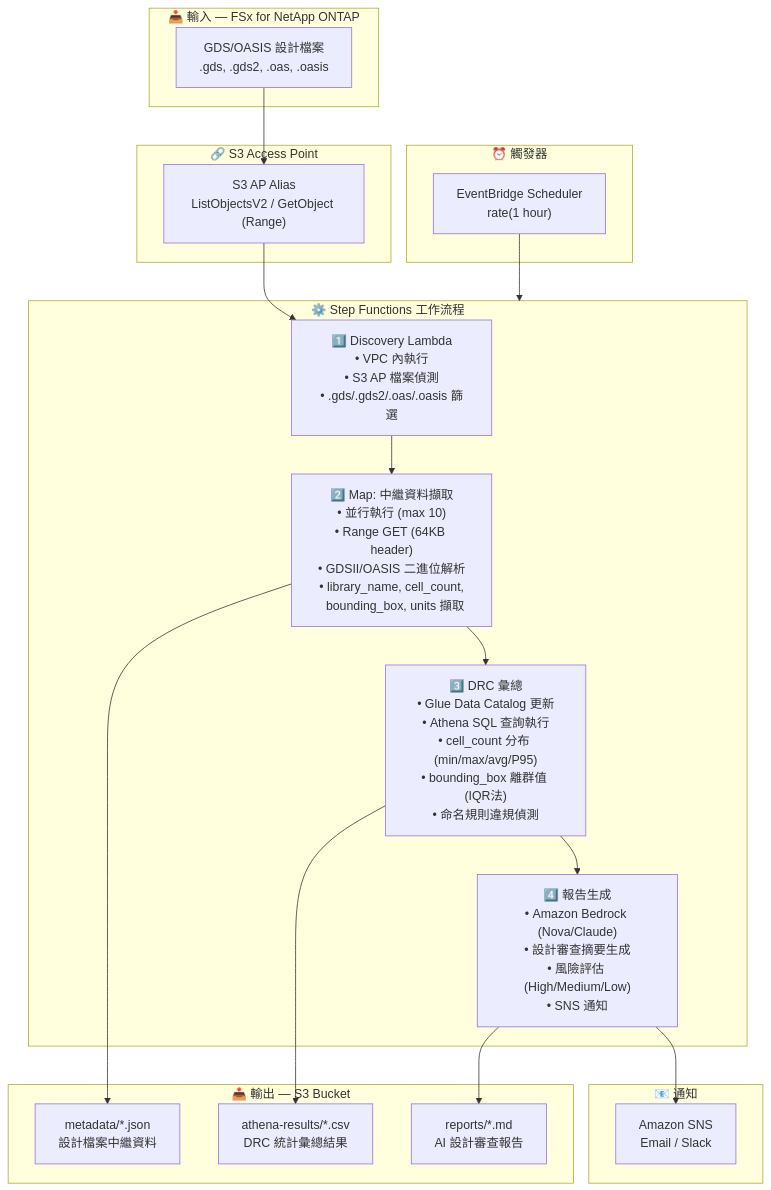
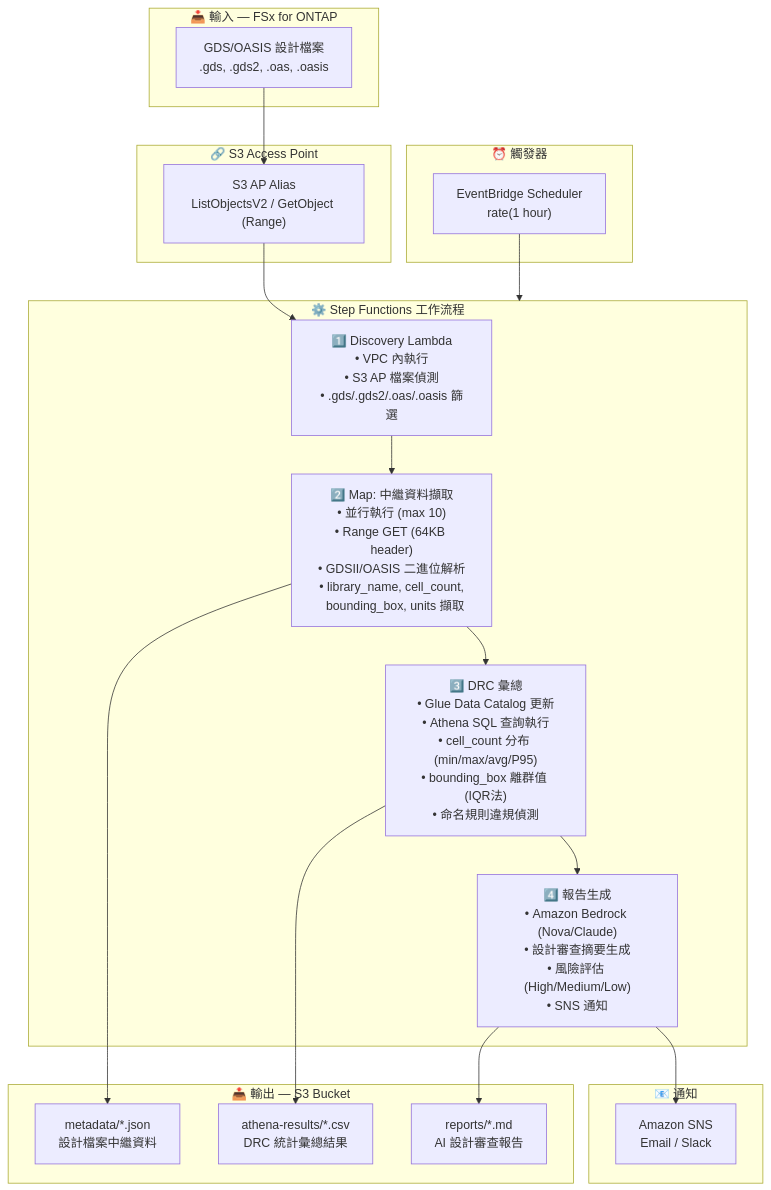
The diagram in semiconductor-eda/docs/architecture.zh-TW.md (Yoshiki0705/FSx-for-ONTAP-S3AccessPoints-Serverless-Patterns), drawn with Mermaid before and after one commit. The commit also changed other lines of this file and 597 other files, not shown here.

````diff
--- a/semiconductor-eda/docs/architecture.zh-TW.md
+++ b/semiconductor-eda/docs/architecture.zh-TW.md
@@ -13,42 +13,42 @@
 ```mermaid
 flowchart TB
-    subgraph INPUT["📥 輸入 — FSx for NetApp ONTAP"]
+    subgraph INPUT["📥 輸入 — FSx for ONTAP"]
         GDS["GDS/OASIS 設計檔案<br/>.gds, .gds2, .oas, .oasis"]
     end
 
     subgraph S3AP["🔗 S3 Access Point"]
         ALIAS["S3 AP Alias<br/>ListObjectsV2 / GetObject (Range)"]
     end
 
     subgraph TRIGGER["⏰ 觸發器"]
         EB["EventBridge Scheduler<br/>rate(1 hour)"]
     end
 
     subgraph SFN["⚙️ Step Functions 工作流程"]
         DISC["1️⃣ Discovery Lambda<br/>• VPC 內執行<br/>• S3 AP 檔案偵測<br/>• .gds/.gds2/.oas/.oasis 篩選"]
         MAP["2️⃣ Map: 中繼資料擷取<br/>• 並行執行 (max 10)<br/>• Range GET (64KB header)<br/>• GDSII/OASIS 二進位解析<br/>• library_name, cell_count,<br/>  bounding_box, units 擷取"]
         DRC["3️⃣ DRC 彙總<br/>• Glue Data Catalog 更新<br/>• Athena SQL 查詢執行<br/>• cell_count 分布 (min/max/avg/P95)<br/>• bounding_box 離群值 (IQR法)<br/>• 命名規則違規偵測"]
         RPT["4️⃣ 報告生成<br/>• Amazon Bedrock (Nova/Claude)<br/>• 設計審查摘要生成<br/>• 風險評估 (High/Medium/Low)<br/>• SNS 通知"]
     end
 
     subgraph OUTPUT["📤 輸出 — S3 Bucket"]
         META["metadata/*.json<br/>設計檔案中繼資料"]
         ATHENA["athena-results/*.csv<br/>DRC 統計彙總結果"]
         REPORT["reports/*.md<br/>AI 設計審查報告"]
     end
 
     subgraph NOTIFY["📧 通知"]
         SNS["Amazon SNS<br/>Email / Slack"]
     end
 
     GDS --> ALIAS
     ALIAS --> DISC
     EB --> SFN
     DISC --> MAP
     MAP --> DRC
     DRC --> RPT
     MAP --> META
     DRC --> ATHENA
     RPT --> REPORT
     RPT --> SNS
 ```
````
